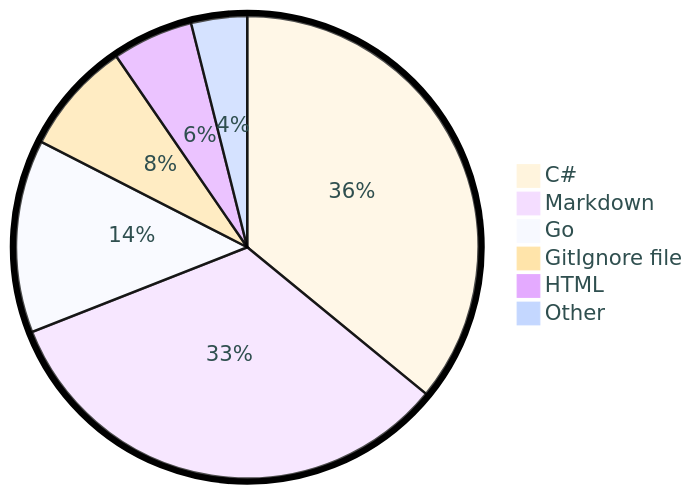
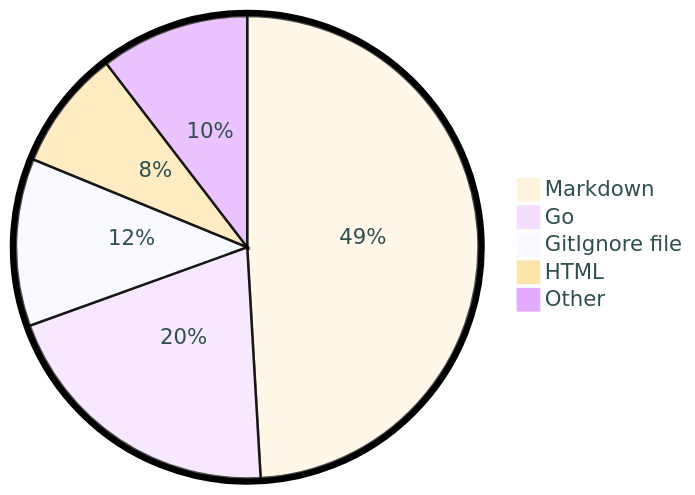
The diagram in README.md (tot0p/tot0p), drawn with Mermaid before and after one commit. The commit also changed other lines of this file, not shown here.

````diff
--- a/README.md
+++ b/README.md
@@ -73,10 +73,9 @@
 ```mermaid
 %%{init: {"pie": {"textPosition": 0.5}, "themeVariables": {"pieOuterStrokeWidth": "5px","primaryTextColor" : "#2F4F4F"},"theme":"base"} }%%
 pie
-	"C#": 35.93
-	"Markdown": 33.1
-	"Go": 13.5
-	"GitIgnore file": 7.9
-	"HTML": 5.66
-	"Other": 3.9099999999999997
+	"Markdown": 49.07
+	"Go": 20.41
+	"GitIgnore file": 11.71
+	"HTML": 8.39
+	"Other": 10.41
 ```
````
